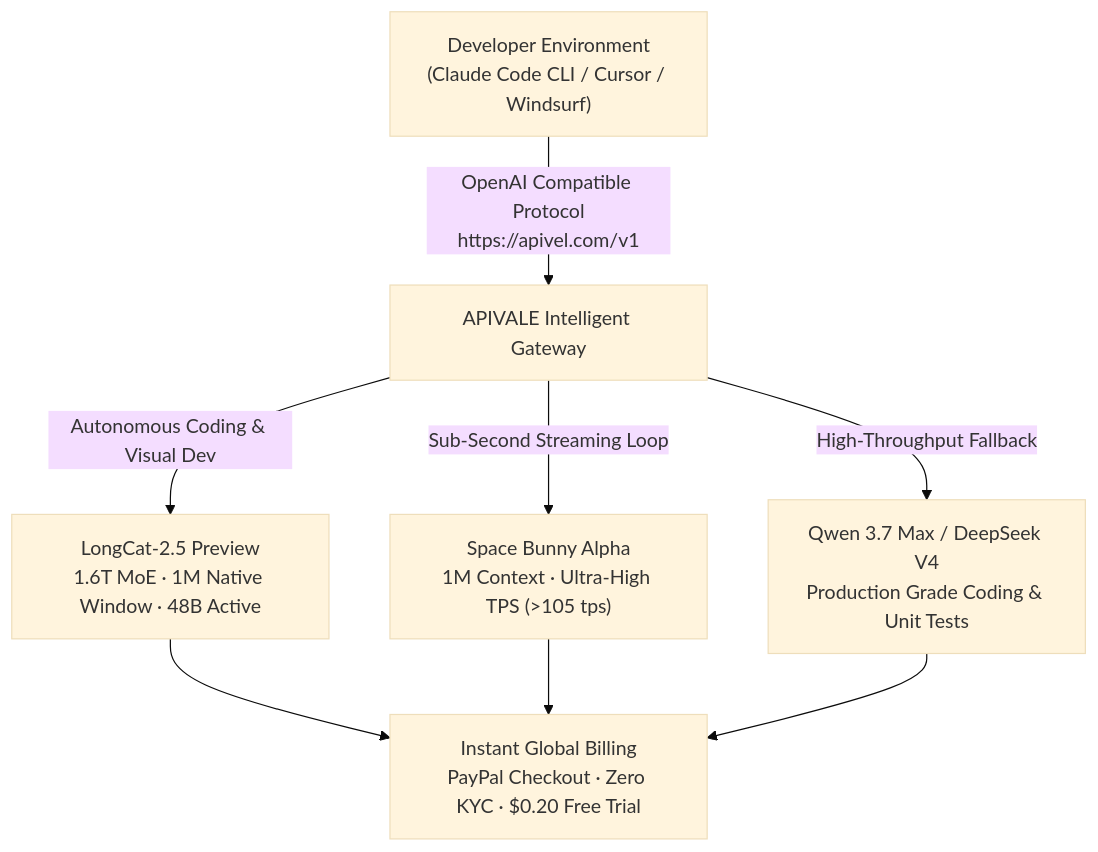
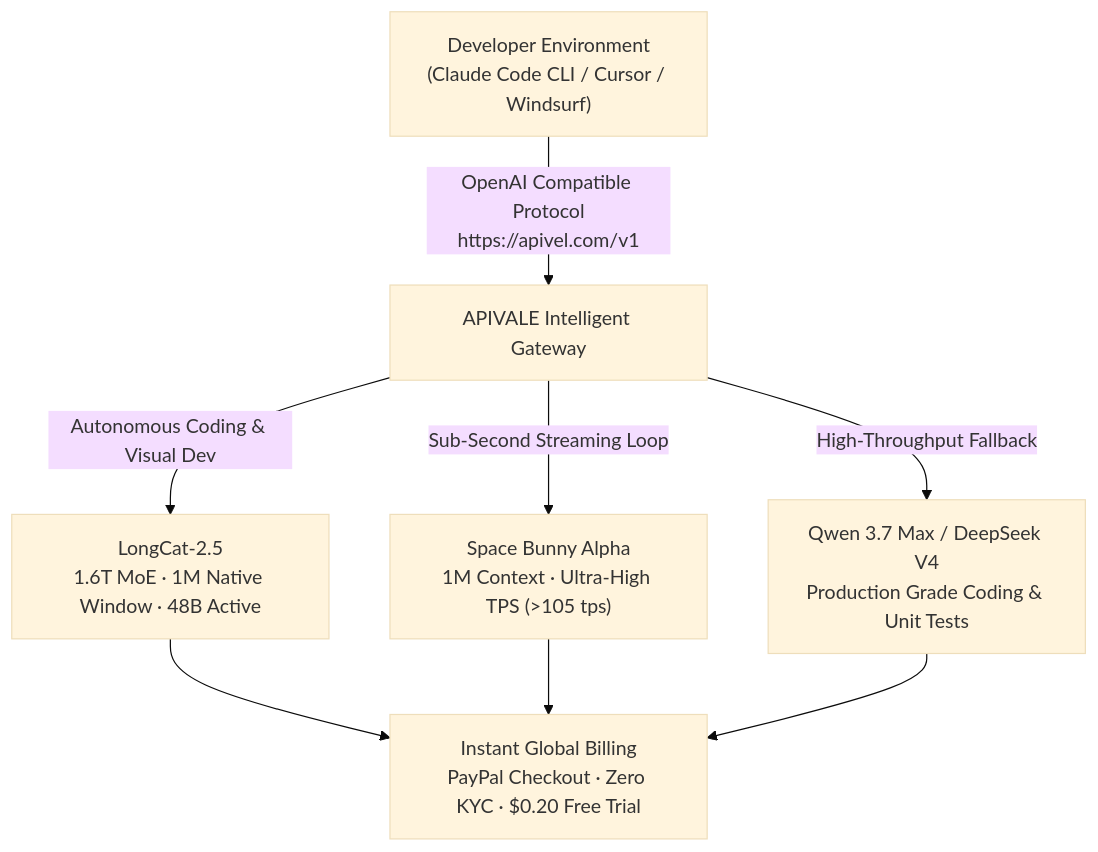
Before and after one commit to bshx2024/apivel_blog: the diagram in src/content/blog/longcat-2-5-preview-benchmark-api-reddit.md, drawn with Mermaid (base theme). The commit also changed other lines of this file and 1 other file, not shown here.

Commit message:
fix(seo): lock core keyword to LongCat-2.5 parent topic, decouple Preview suffix, and trim text length

````diff
--- a/src/content/blog/longcat-2-5-preview-benchmark-api-reddit.md
+++ b/src/content/blog/longcat-2-5-preview-benchmark-api-reddit.md
@@ -43,10 +43,10 @@
 ```mermaid
 graph TD
     A["Developer Environment<br/>(Claude Code CLI / Cursor / Windsurf)"] -->|"OpenAI Compatible Protocol<br/>https://apivel.com/v1"| B["APIVALE Intelligent Gateway"]
-    B -->|"Autonomous Coding & Visual Dev"| C["LongCat-2.5 Preview<br/>1.6T MoE · 1M Native Window · 48B Active"]
+    B -->|"Autonomous Coding & Visual Dev"| C["LongCat-2.5<br/>1.6T MoE · 1M Native Window · 48B Active"]
     B -->|"Sub-Second Streaming Loop"| D["Space Bunny Alpha<br/>1M Context · Ultra-High TPS (>105 tps)"]
     B -->|"High-Throughput Fallback"| E["Qwen 3.7 Max / DeepSeek V4<br/>Production Grade Coding & Unit Tests"]
     C --> F["Instant Global Billing<br/>PayPal Checkout · Zero KYC · $0.20 Free Trial"]
     D --> F
     E --> F
 ```
````
